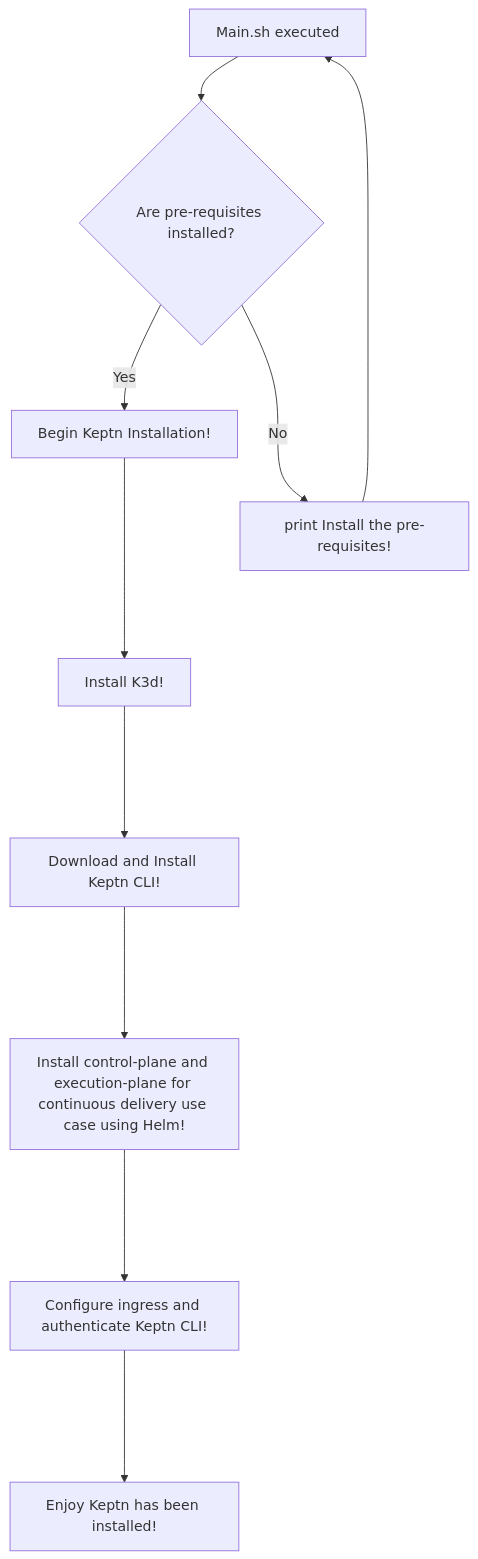
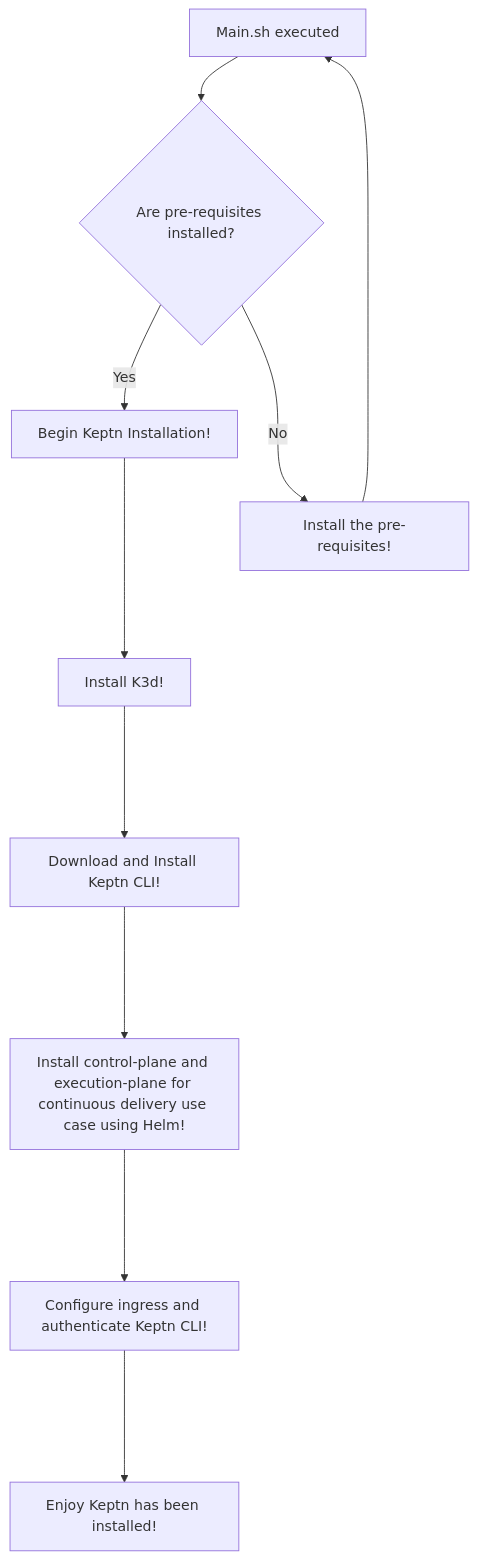
One commit to NashTech-Labs/Setup-Keptn-Using-Jenkins changed the diagram in README.md. Above: the diagram before and after it, drawn with Mermaid.

Commit message:
Updated Tech Hub with scripts and readme

````diff
--- a/README.md
+++ b/README.md
@@ -12,12 +12,12 @@
 ```mermaid
 flowchart TD
     A[Main.sh executed] --> B{Are pre-requisites installed?};
     B -- Yes --> C[Begin Keptn Installation!];
-    B -- No --> D[print Install the pre-requisites!];
+    B -- No --> D[Install the pre-requisites!];
     C ----> E[Install K3d!];
     D ----> A[Main.sh executed];
     E ----> F[Download and Install Keptn CLI!];
     F ----> G[Install control-plane and execution-plane for continuous delivery use case using Helm!];
     G ----> I[Configure ingress and authenticate Keptn CLI!];
     I ----> J[Enjoy Keptn has been installed!];
 ```
````
